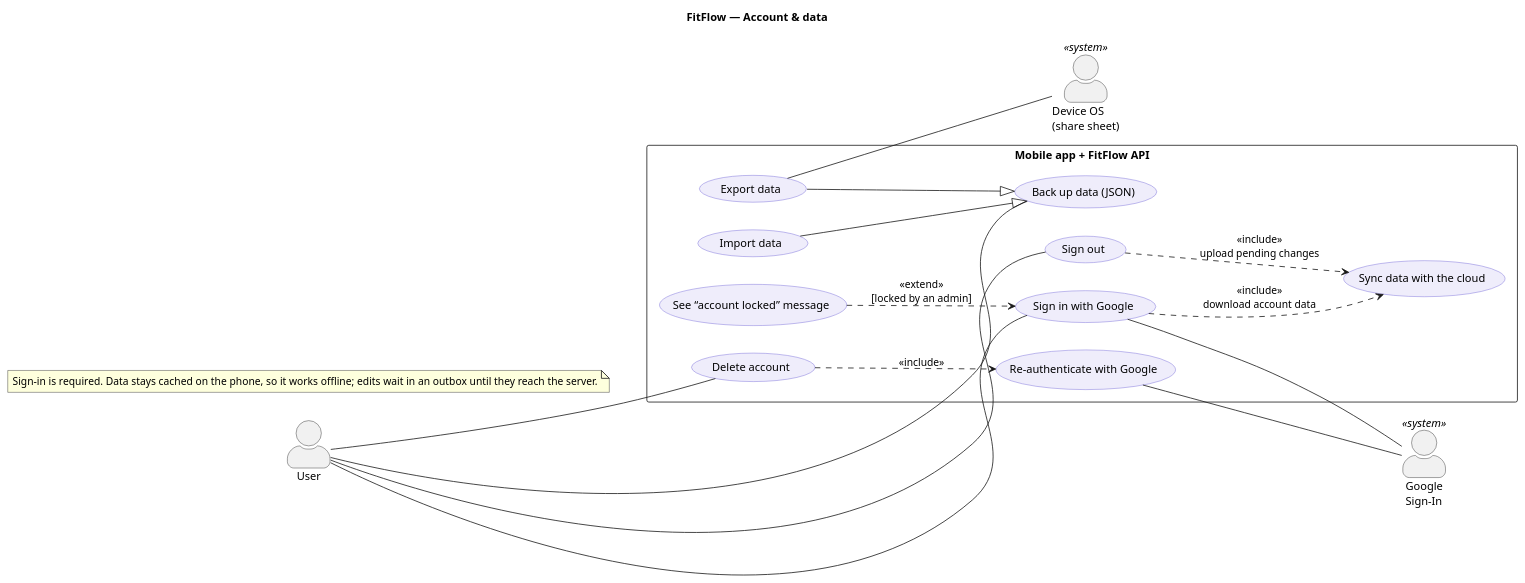
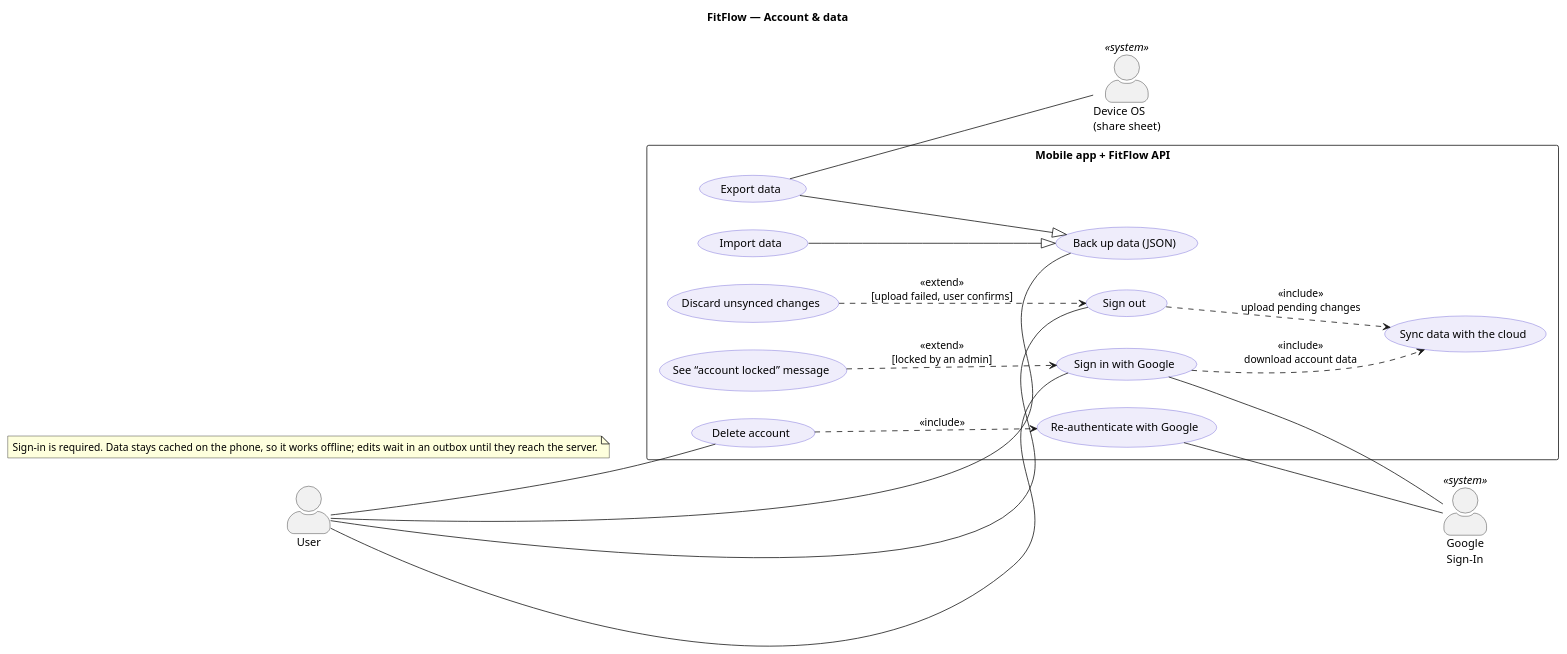
One commit to PRM-393-G5/fitflow changed the second of 7 diagrams in docs/usecase.puml. Above: the diagram before and after it, drawn with PlantUML. The commit also changed other lines of this file and 6 other files, not shown here.

First line of the commit message:
Tighten the UML: optional steps extend, a discard path on sign-out

```diff
--- a/docs/usecase.puml
+++ b/docs/usecase.puml
@@ -59,40 +59,42 @@
 @startuml fitflow-usecase-account-data
 title FitFlow — Account & data
 left to right direction
 skinparam packageStyle rectangle
 skinparam actorStyle awesome
 skinparam usecase {
   BackgroundColor #EFEDFB
   BorderColor #6558D3
 }
 actor "User" as user
 actor "Google\nSign-In" as google <<system>>
 actor "Device OS\n(share sheet)" as os <<system>>
 rectangle "Mobile app + FitFlow API" {
   usecase "Sign in with Google" as s1
   usecase "Sign out" as s2
   usecase "Delete account" as s3
   usecase "Back up data (JSON)" as s4
   usecase "See “account locked” message" as s7
   usecase "Sync data with the cloud" as s5
   usecase "Re-authenticate with Google" as s6
+  usecase "Discard unsynced changes" as s10
   usecase "Export data" as s8
   usecase "Import data" as s9
 }
 user -- s1
 user -- s2
 user -- s3
 user -- s4
 s1 -- google
 s6 -- google
 s1 ..> s5 : <<include>>\ndownload account data
 s2 ..> s5 : <<include>>\nupload pending changes
 s3 ..> s6 : <<include>>
 s7 ..> s1 : <<extend>>\n[locked by an admin]
+s10 ..> s2 : <<extend>>\n[upload failed, user confirms]
 s8 --|> s4
 s9 --|> s4
 s8 -- os
 note as n1
   Sign-in is required. Data stays cached on the phone, so it works offline; edits wait in an outbox until they reach the server.
 end note
 @enduml
```
